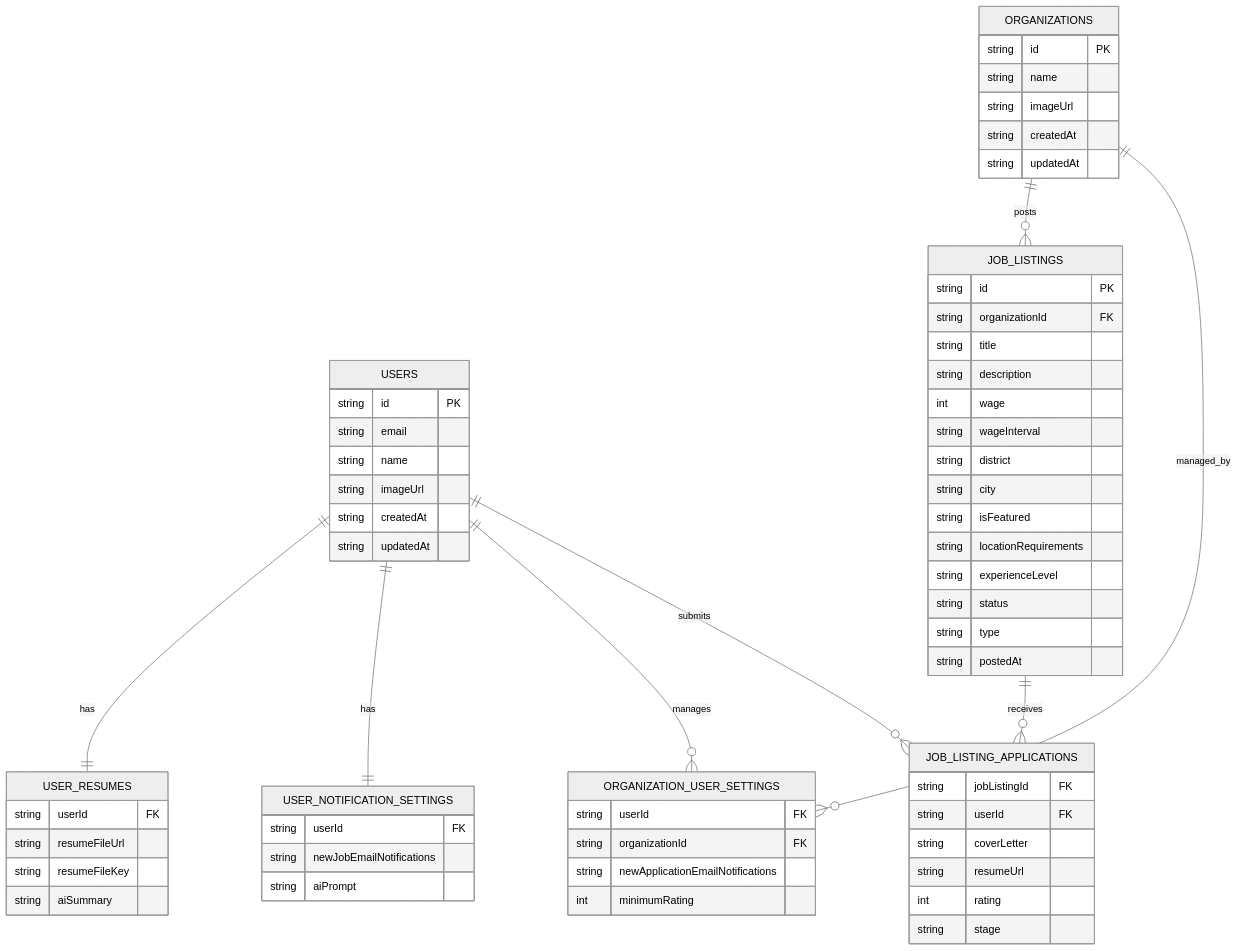
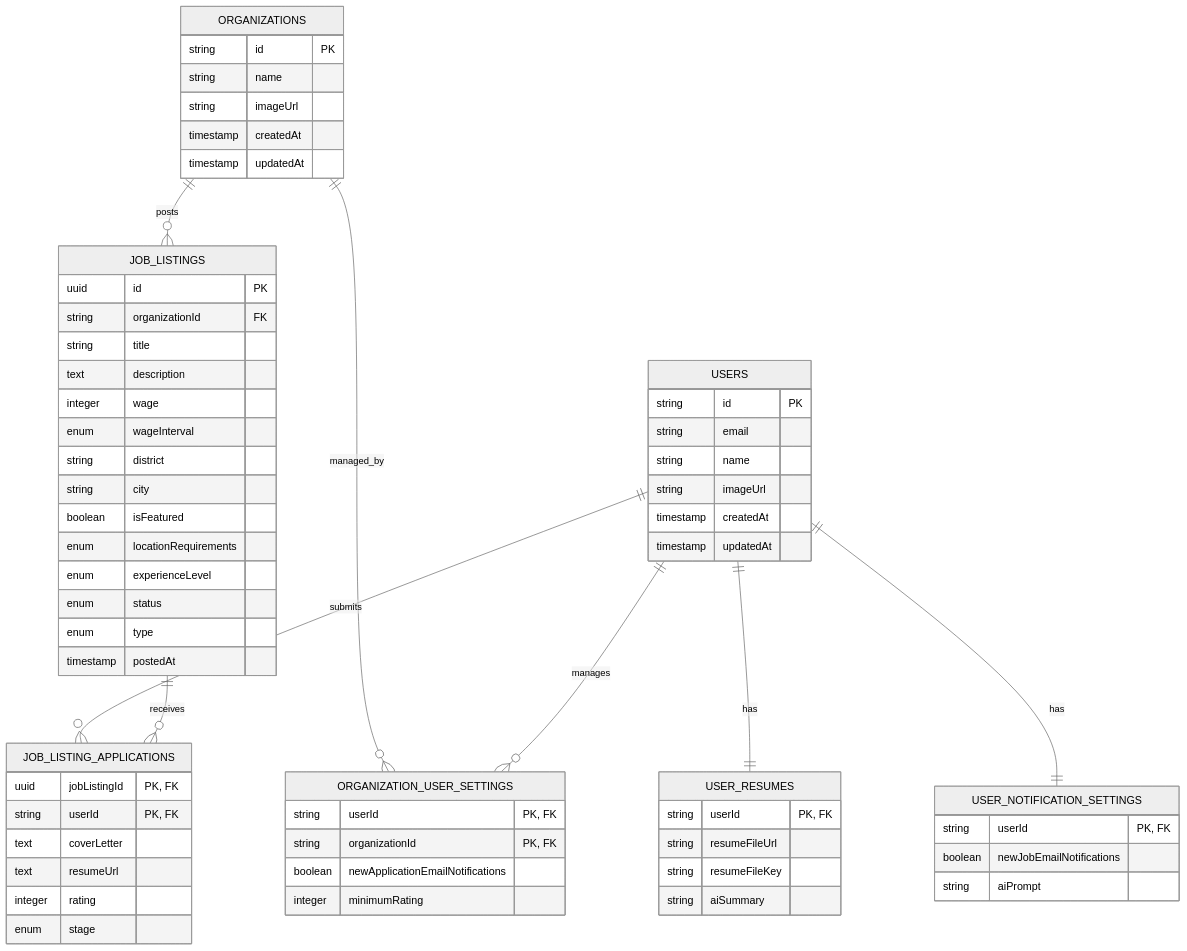
Before and after one commit to Festo-Wampamba/job-link: the second of 2 diagrams in README.md, drawn with Mermaid (neutral theme). The commit also changed other lines of this file and 1 other file, not shown here.

Commit message:
docs: enhance mermaid diagrams visibility and structure
- Redesigned Architecture Diagram in README.md with vibrant color-coded layers (Client, App, Logic, Data, External) for better readability on both light and dark themes.\n- Reorganized Database ERD in README.md to optimize entity placement and minimize crossing relationship lines.\n- Fixed broken Mermaid diagrams in KEY_NOTES.md by adding missing 'erDiagram' declarations and fixing syntax errors.\n- Standardized attribute types and quoted composite key constraints for full GitHub renderer compatibility.

````diff
--- a/README.md
+++ b/README.md
@@ -140,75 +154,75 @@
 ```mermaid
 erDiagram
-    USERS ||--|| USER_RESUMES : "has"
-    USERS ||--|| USER_NOTIFICATION_SETTINGS : "has"
-    USERS ||--o{ ORGANIZATION_USER_SETTINGS : "manages"
-    USERS ||--o{ JOB_LISTING_APPLICATIONS : "submits"
+    ORGANIZATIONS ||--o{ JOB_LISTINGS : posts
+    ORGANIZATIONS ||--o{ ORGANIZATION_USER_SETTINGS : managed_by
 
-    ORGANIZATIONS ||--o{ JOB_LISTINGS : "posts"
-    ORGANIZATIONS ||--o{ ORGANIZATION_USER_SETTINGS : "managed_by"
+    USERS ||--o{ ORGANIZATION_USER_SETTINGS : manages
+    USERS ||--o{ JOB_LISTING_APPLICATIONS : submits
+    USERS ||--|| USER_RESUMES : has
+    USERS ||--|| USER_NOTIFICATION_SETTINGS : has
 
-    JOB_LISTINGS ||--o{ JOB_LISTING_APPLICATIONS : "receives"
+    JOB_LISTINGS ||--o{ JOB_LISTING_APPLICATIONS : receives
+
+    ORGANIZATIONS {
+        string id PK
+        string name
+        string imageUrl
+        timestamp createdAt
+        timestamp updatedAt
+    }
 
     USERS {
         string id PK
         string email
         string name
         string imageUrl
-        string createdAt
-        string updatedAt
-    }
-
-    ORGANIZATIONS {
-        string id PK
-        string name
-        string imageUrl
-        string createdAt
-        string updatedAt
+        timestamp createdAt
+        timestamp updatedAt
     }
 
     JOB_LISTINGS {
-        string id PK
+        uuid id PK
         string organizationId FK
         string title
-        string description
-        int wage
-        string wageInterval
+        text description
+        integer wage
+        enum wageInterval
         string district
         string city
-        string isFeatured
-        string locationRequirements
-        string experienceLevel
-        string status
-        string type
-        string postedAt
+        boolean isFeatured
+        enum locationRequirements
+        enum experienceLevel
+        enum status
+        enum type
+        timestamp postedAt
+    }
+
+    ORGANIZATION_USER_SETTINGS {
+        string userId "PK, FK"
+        string organizationId "PK, FK"
+        boolean newApplicationEmailNotifications
+        integer minimumRating
     }
 
     JOB_LISTING_APPLICATIONS {
-        string jobListingId FK
-        string userId FK
-        string coverLetter
-        string resumeUrl
-        int rating
-        string stage
+        uuid jobListingId "PK, FK"
+        string userId "PK, FK"
+        text coverLetter
+        text resumeUrl
+        integer rating
+        enum stage
     }
 
     USER_RESUMES {
-        string userId FK
+        string userId "PK, FK"
         string resumeFileUrl
         string resumeFileKey
         string aiSummary
     }
 
     USER_NOTIFICATION_SETTINGS {
-        string userId FK
-        string newJobEmailNotifications
+        string userId "PK, FK"
+        boolean newJobEmailNotifications
         string aiPrompt
     }
-
-    ORGANIZATION_USER_SETTINGS {
-        string userId FK
-        string organizationId FK
-        string newApplicationEmailNotifications
-        int minimumRating
-    }
 ```
````
